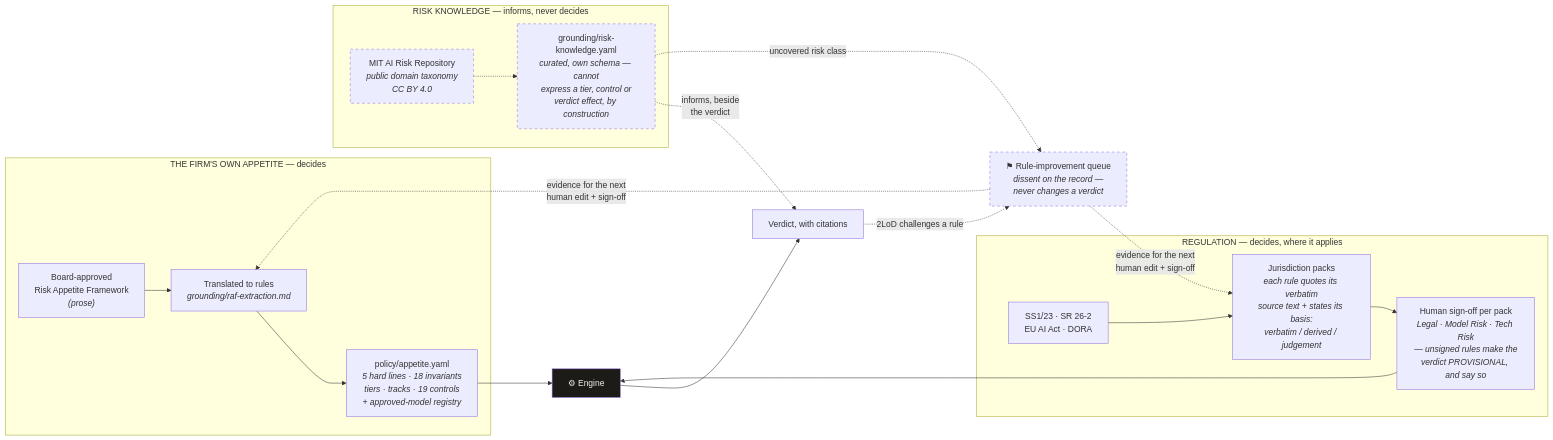
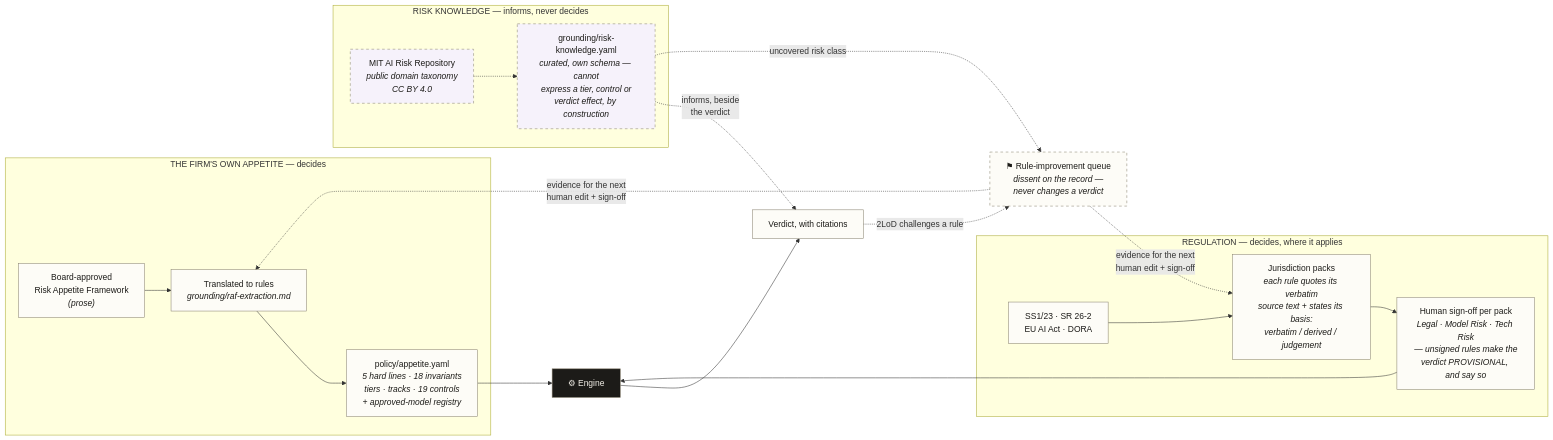
The second of 2 diagrams in README.md (oza977-max/ai-raf-precheck), drawn with Mermaid before and after one commit. The commit also changed other lines of this file, not shown here.

First line of the commit message:
docs: README ordering + mermaid contrast fixes

````diff
--- a/README.md
+++ b/README.md
@@ -115,31 +123,32 @@
 ```mermaid
 flowchart LR
     subgraph firm["THE FIRM'S OWN APPETITE — decides"]
         RAF["Board-approved<br/>Risk Appetite Framework<br/><i>(prose)</i>"] --> EX["Translated to rules<br/><i>grounding/raf-extraction.md</i>"]
         EX --> POL["policy/appetite.yaml<br/><i>5 hard lines · 18 invariants<br/>tiers · tracks · 19 controls<br/>+ approved-model registry</i>"]
     end
 
     subgraph reg["REGULATION — decides, where it applies"]
         LAW["SS1/23 · SR 26-2<br/>EU AI Act · DORA"] --> PACK["Jurisdiction packs<br/><i>each rule quotes its verbatim<br/>source text + states its basis:<br/>verbatim / derived / judgement</i>"]
         PACK --> SIGN["Human sign-off per pack<br/><i>Legal · Model Risk · Tech Risk<br/>— unsigned rules make the<br/>verdict PROVISIONAL, and say so</i>"]
     end
 
     POL --> ENGINE["⚙ Engine"]
     SIGN --> ENGINE
     ENGINE --> V["Verdict, with citations"]
 
     V -.->|"2LoD challenges a rule"| Q["⚑ Rule-improvement queue<br/><i>dissent on the record —<br/>never changes a verdict</i>"]
     Q -.->|"evidence for the next<br/>human edit + sign-off"| EX
     Q -.->|"evidence for the next<br/>human edit + sign-off"| PACK
 
     subgraph know["RISK KNOWLEDGE — informs, never decides"]
         MIT["MIT AI Risk Repository<br/><i>public domain taxonomy<br/>CC BY 4.0</i>"] -.-> LENS["grounding/risk-knowledge.yaml<br/><i>curated, own schema — cannot<br/>express a tier, control or<br/>verdict effect, by construction</i>"]
     end
     LENS -.->|"informs, beside<br/>the verdict"| V
     LENS -.->|"uncovered risk class"| Q
 
+    classDef default fill:#fdfcf7,stroke:#8a8371,color:#1c1b18
     style ENGINE fill:#1c1b18,color:#f3f0e8
-    style Q stroke-dasharray: 5 5
-    style LENS stroke-dasharray: 5 5
-    style MIT stroke-dasharray: 5 5
+    style Q stroke-dasharray: 5 5,fill:#fdfcf7,color:#1c1b18
+    style LENS stroke-dasharray: 5 5,fill:#f6f2fb,color:#1c1b18
+    style MIT stroke-dasharray: 5 5,fill:#f6f2fb,color:#1c1b18
 ```
````
